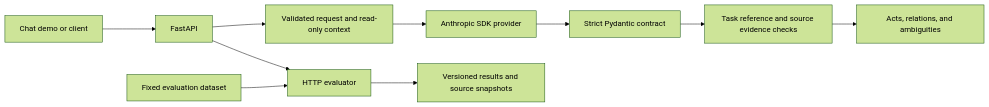
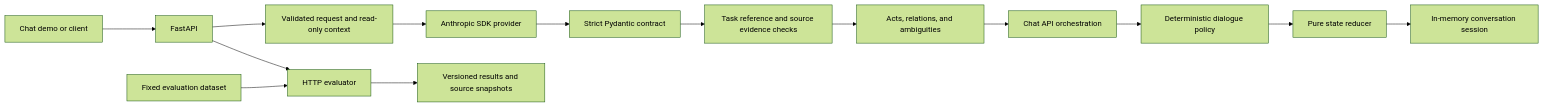
Before and after one commit to Acxxxq/agentdesk: the diagram in docs/ARCHITECTURE.md, drawn with Mermaid (forest theme). The commit also changed other lines of this file and 70 other files, not shown here.

Commit message:
feat: add multi-turn dialogue policy and chat evaluation

````diff
--- a/docs/ARCHITECTURE.md
+++ b/docs/ARCHITECTURE.md
@@ -7,12 +7,16 @@
 ```mermaid
 flowchart LR
     UI[Chat demo or client] --> API[FastAPI]
     API --> REQ[Validated request and read-only context]
     REQ --> LLM[Anthropic SDK provider]
     LLM --> CONTRACT[Strict Pydantic contract]
     CONTRACT --> EVIDENCE[Task reference and source evidence checks]
     EVIDENCE --> RESULT[Acts, relations, and ambiguities]
+    RESULT --> CHAT[Chat API orchestration]
+    CHAT --> POLICY[Deterministic dialogue policy]
+    POLICY --> REDUCER[Pure state reducer]
+    REDUCER --> SESSION[In-memory conversation session]
     DATA[Fixed evaluation dataset] --> EVAL[HTTP evaluator]
     API --> EVAL
     EVAL --> RECORD[Versioned results and source snapshots]
 ```
````
